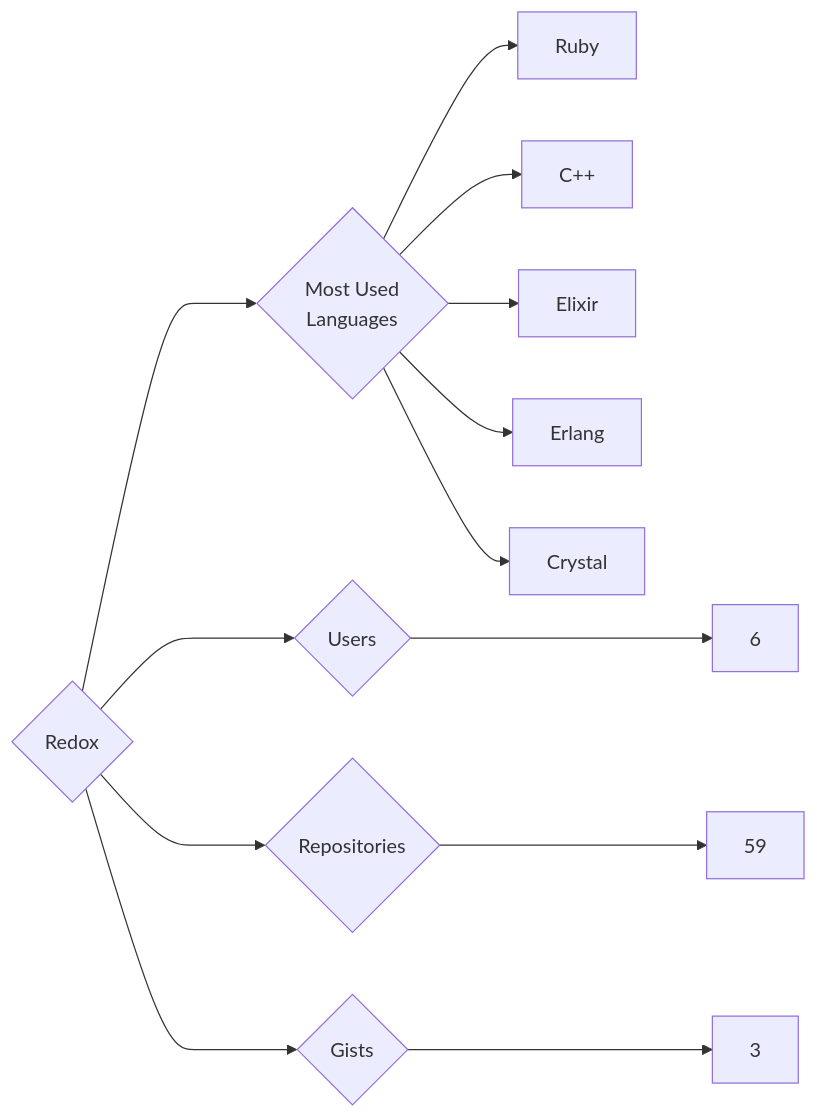
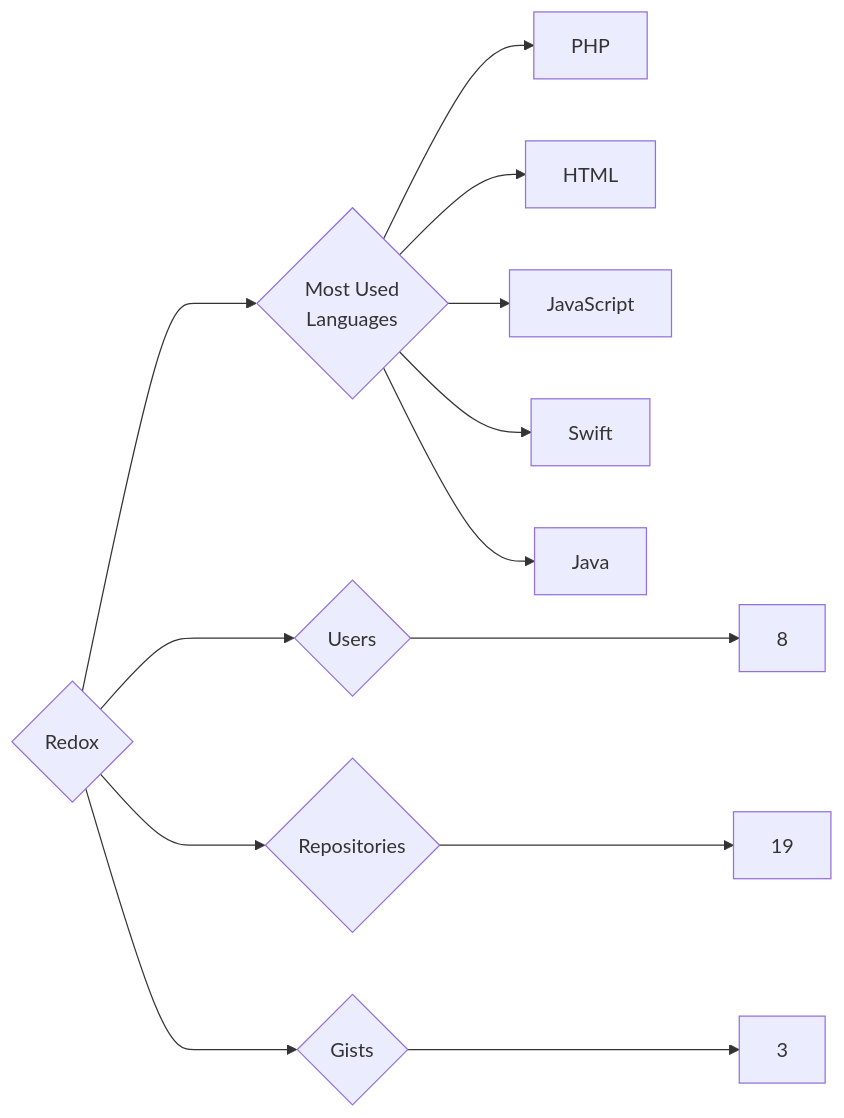
The diagram in targets/Redox/README.md (trickest/insiders), drawn with Mermaid before and after one commit. The commit also changed 1248 other files, not shown here.

````diff
--- a/targets/Redox/README.md
+++ b/targets/Redox/README.md
@@ -3,13 +3,13 @@
 ```mermaid
 graph LR
 COMPANY_NAME{Redox}
-COMPANY_NAME ---> U{Users} ---> UN[6]
-COMPANY_NAME ---> R{Repositories} ---> RN[59]
+COMPANY_NAME ---> U{Users} ---> UN[8]
+COMPANY_NAME ---> R{Repositories} ---> RN[19]
 COMPANY_NAME ---> G{Gists} ---> GN[3]
 COMPANY_NAME ---> ML{Most Used<br>Languages}
-ML --> Ruby[Ruby]
-ML --> C++[C++]
-ML --> Elixir[Elixir]
-ML --> Erlang[Erlang]
-ML --> Crystal[Crystal]
+ML --> PHP[PHP]
+ML --> HTML[HTML]
+ML --> JavaScript[JavaScript]
+ML --> Swift[Swift]
+ML --> Java[Java]
 ```
````
